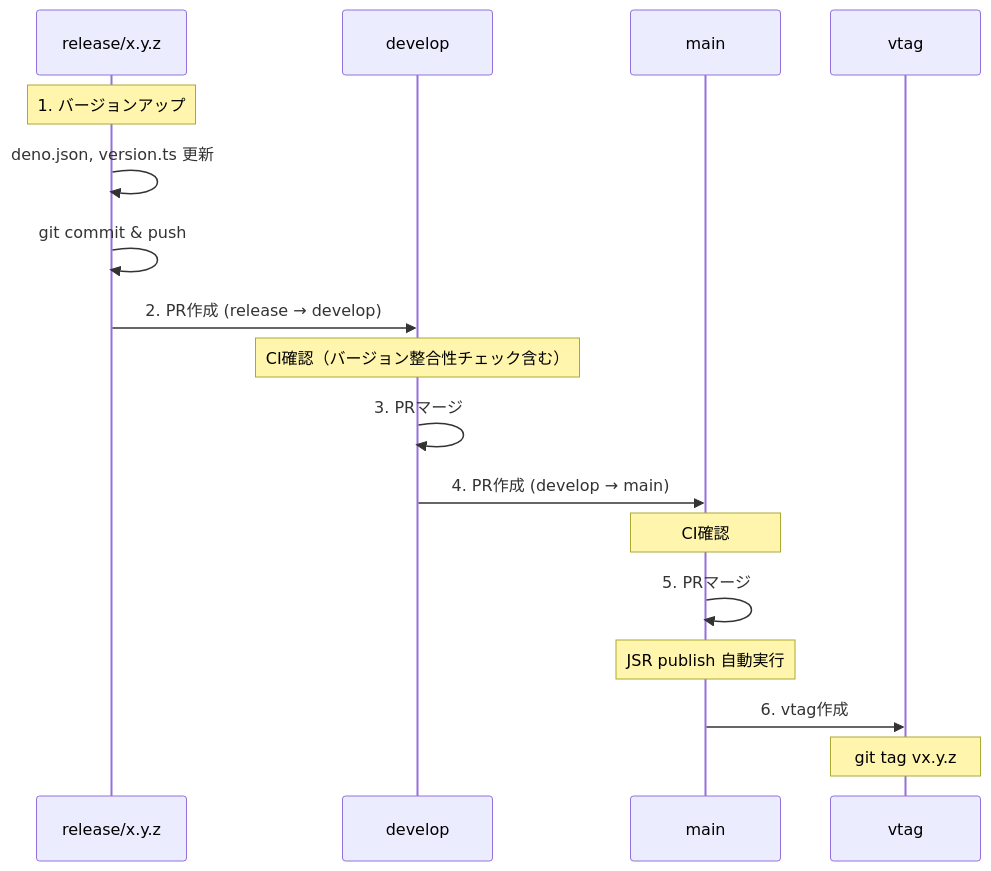
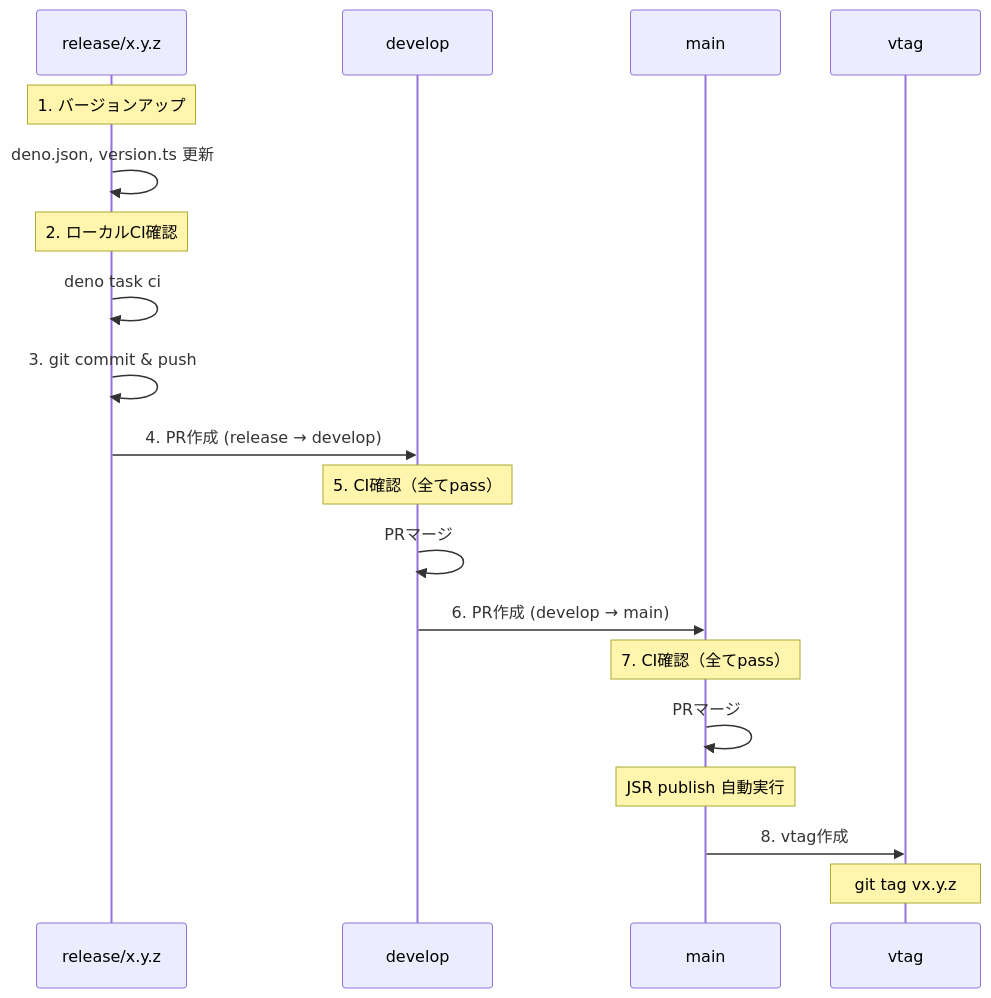
One commit to tettuan/climpt changed the diagram in .claude/skills/release-procedure/SKILL.md. Above: the diagram before and after it, drawn with Mermaid. The commit also changed other lines of this file, not shown here.

First line of the commit message:
docs: add CI check requirements to release procedure

````diff
--- a/.claude/skills/release-procedure/SKILL.md
+++ b/.claude/skills/release-procedure/SKILL.md
@@ -80,23 +80,25 @@
 ```mermaid
 sequenceDiagram
     participant R as release/x.y.z
     participant D as develop
     participant M as main
     participant T as vtag
 
     Note over R: 1. バージョンアップ
     R->>R: deno.json, version.ts 更新
-    R->>R: git commit & push
+    Note over R: 2. ローカルCI確認
+    R->>R: deno task ci
+    R->>R: 3. git commit & push
 
-    R->>D: 2. PR作成 (release → develop)
-    Note over D: CI確認（バージョン整合性チェック含む）
-    D->>D: 3. PRマージ
+    R->>D: 4. PR作成 (release → develop)
+    Note over D: 5. CI確認（全てpass）
+    D->>D: PRマージ
 
-    D->>M: 4. PR作成 (develop → main)
-    Note over M: CI確認
-    M->>M: 5. PRマージ
+    D->>M: 6. PR作成 (develop → main)
+    Note over M: 7. CI確認（全てpass）
+    M->>M: PRマージ
     Note over M: JSR publish 自動実行
 
-    M->>T: 6. vtag作成
+    M->>T: 8. vtag作成
     Note over T: git tag vx.y.z
 ```
````
